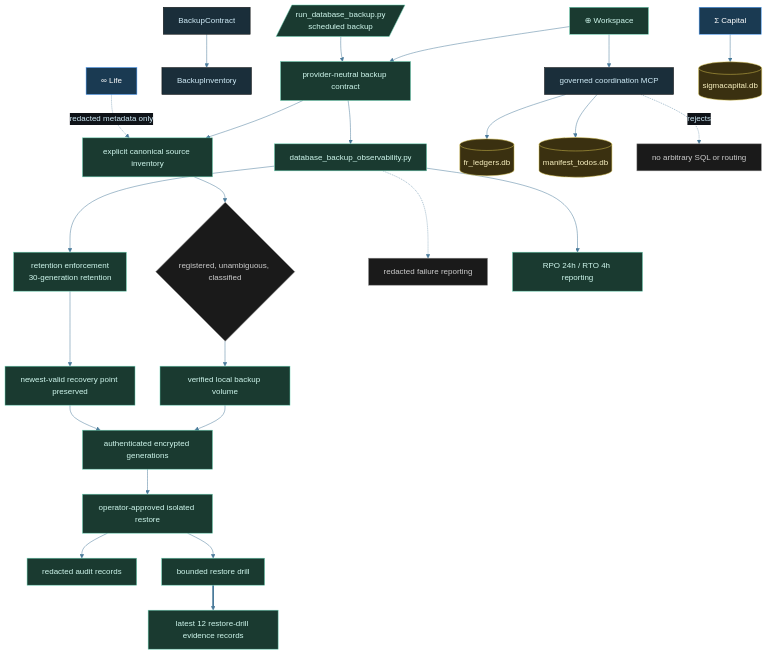
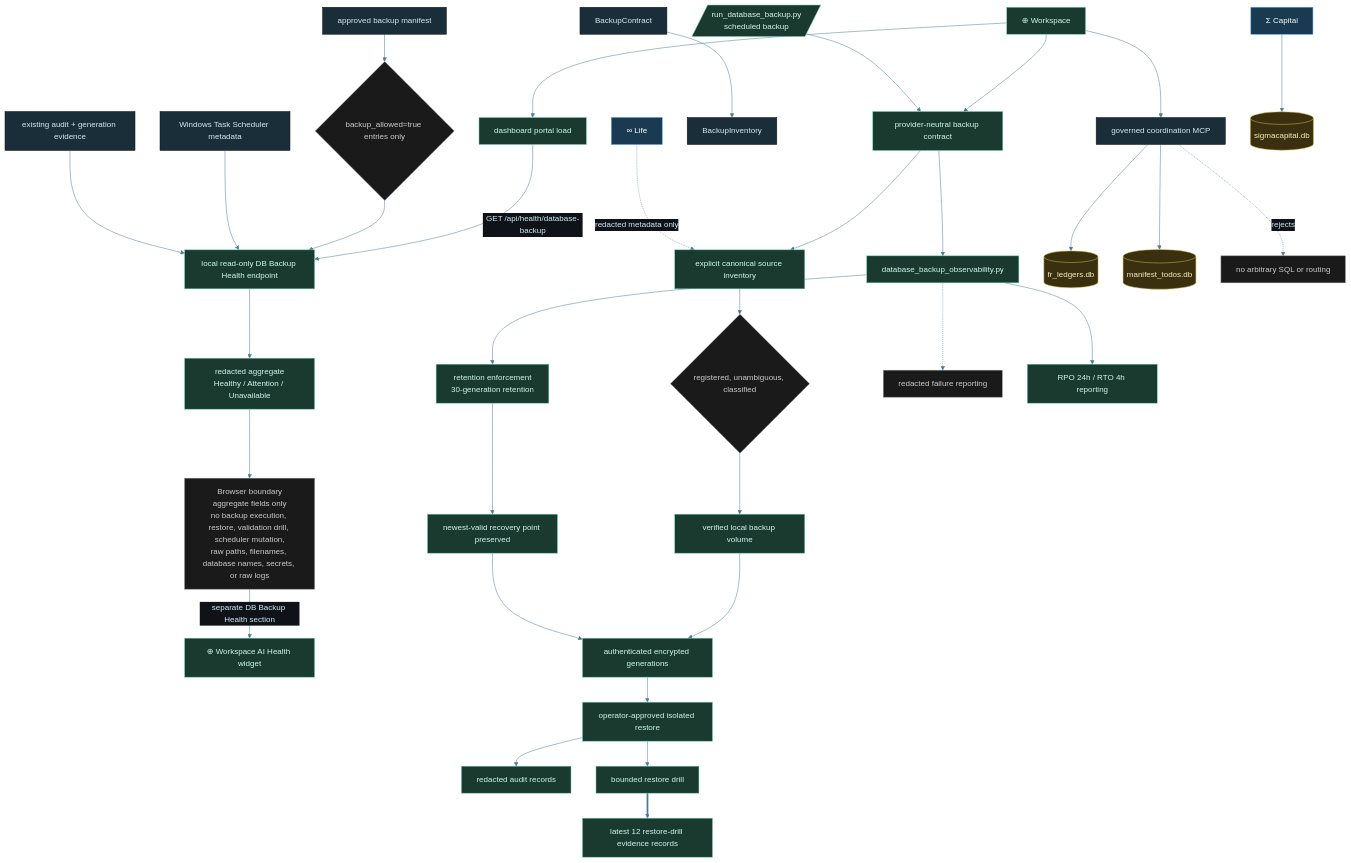
One commit to tylerdrakemusic/-Workspace changed the diagram in diagrams/workspace-derived-backup-and-coordination.mmd. Above: the diagram before and after it, drawn with Mermaid. The commit also changed 6 other files, not shown here.

Commit message:
⊕ workspace: FR-20260917-workspace-db-backup-health add backup health observability

```diff
--- a/diagrams/workspace-derived-backup-and-coordination.mmd
+++ b/diagrams/workspace-derived-backup-and-coordination.mmd
@@ -1,35 +1,44 @@
 %%{init: {'theme': 'base', 'themeVariables': {'primaryColor': '#1a2e3a', 'primaryTextColor': '#d0ecf8', 'edgeLabelBackground': '#0f1318', 'lineColor': '#4a7a9a'}}}%%
 %% is_derived_view=true
 %% Traceability.parent: diagrams/workspace-integrations.mmd
 graph TB
     Workspace[⊕ Workspace] --> Backup[provider-neutral backup contract]
+    Workspace --> PortalLoad[dashboard portal load]
+    PortalLoad -->|"GET /api/health/database-backup"| BackupHealthEndpoint[local read-only DB Backup Health endpoint]
+    ApprovedManifest[approved backup manifest] --> AllowedBackupEntries{backup_allowed=true entries only}
+    AllowedBackupEntries --> BackupHealthEndpoint
+    TaskMetadata[Windows Task Scheduler metadata] --> BackupHealthEndpoint
+    AuditGeneration[existing audit + generation evidence] --> BackupHealthEndpoint
+    BackupHealthEndpoint --> BackupHealthProjection[redacted aggregate<br/>Healthy / Attention / Unavailable]
+    BackupHealthProjection --> BrowserBoundary[Browser boundary<br/>aggregate fields only<br/>no backup execution, restore, validation drill, scheduler mutation,<br/>raw paths, filenames, database names, secrets, or raw logs]
+    BrowserBoundary -->|"separate DB Backup Health section"| AIHealthWidget[⊕ Workspace AI Health widget]
     BackupRunner[/run_database_backup.py<br/>scheduled backup/] --> Backup
     Backup --> Observability[database_backup_observability.py]
     BackupContract --> BackupInventory
     Backup --> Inventory[explicit canonical source inventory]
     Inventory --> Discovery{registered, unambiguous, classified}
     Discovery --> Volume[verified local backup volume]
     Volume --> Generations[authenticated encrypted generations]
     Generations --> Restore[operator-approved isolated restore]
     Restore --> Audit[redacted audit records]
     Observability --> Retention[retention enforcement<br/>30-generation retention]
     Retention --> NewestValid[newest-valid recovery point preserved]
     NewestValid --> Generations
     Observability -.-> Failure[redacted failure reporting]
     Restore --> Drill[bounded restore drill]
     Drill ==> Evidence[latest 12 restore-drill evidence records]
     Observability --> Objectives[RPO 24h / RTO 4h reporting]
     Workspace --> Coord[governed coordination MCP]
     Coord --> FRLedger[(fr_ledgers.db)]
     Coord --> TodoDB[(manifest_todos.db)]
     Coord -.->|rejects| GenericSQL[no arbitrary SQL or routing]
     Life[∞ Life] -.->|redacted metadata only| Inventory
     Capital[Σ Capital] --> CapitalDB[(sigmacapital.db)]
-    class Workspace,Backup,BackupRunner,Observability,Inventory,Volume,Generations,Restore,Audit,Retention,NewestValid,Drill,Evidence,Objectives ws
+    class Workspace,Backup,BackupRunner,Observability,Inventory,Volume,Generations,Restore,Audit,Retention,NewestValid,Drill,Evidence,Objectives,PortalLoad,BackupHealthEndpoint,BackupHealthProjection,AIHealthWidget ws
     class Life,Capital orch
-    class Discovery,GenericSQL,Failure state
+    class Discovery,GenericSQL,Failure,AllowedBackupEntries,BrowserBoundary state
     class FRLedger,TodoDB,CapitalDB db
 classDef orch fill:#1a3a52,stroke:#4a9eff,color:#fff
 classDef ws fill:#1a3a30,stroke:#6ad4b4,color:#d0f8ee
 classDef state fill:#1a1a1a,stroke:#888888,color:#cccccc
 classDef db fill:#3a3010,stroke:#d4c050,color:#f8f0c0
```
